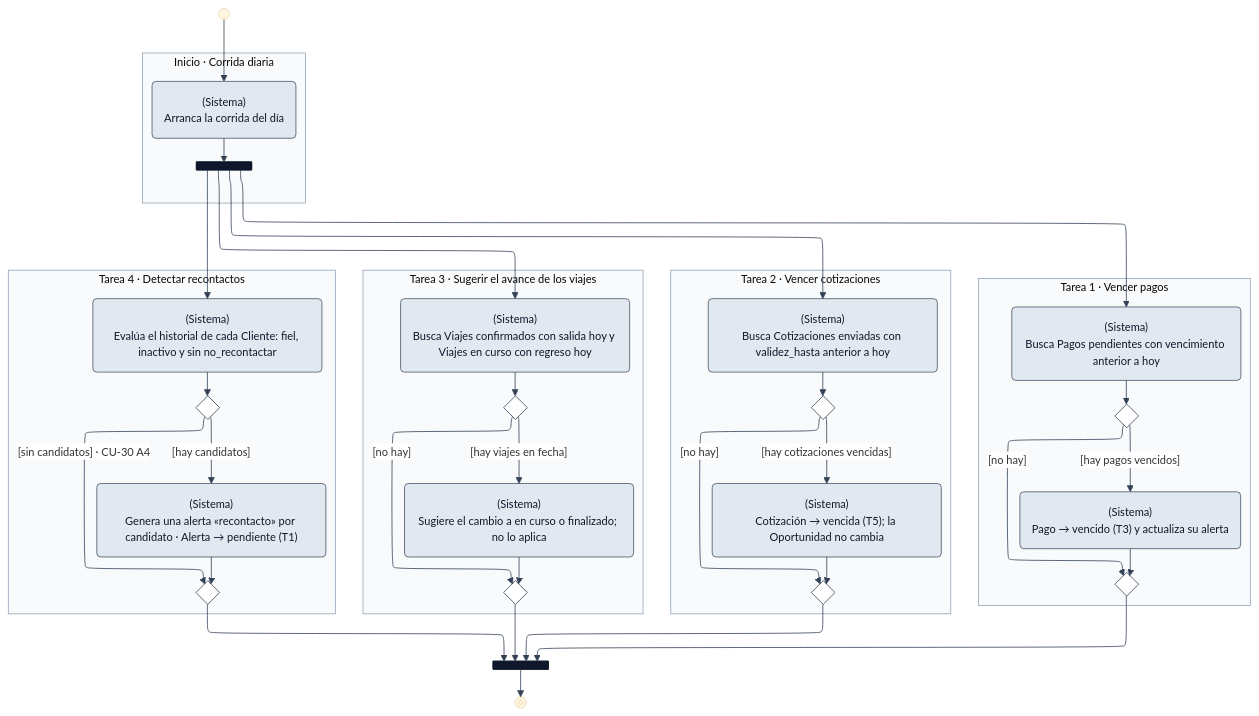
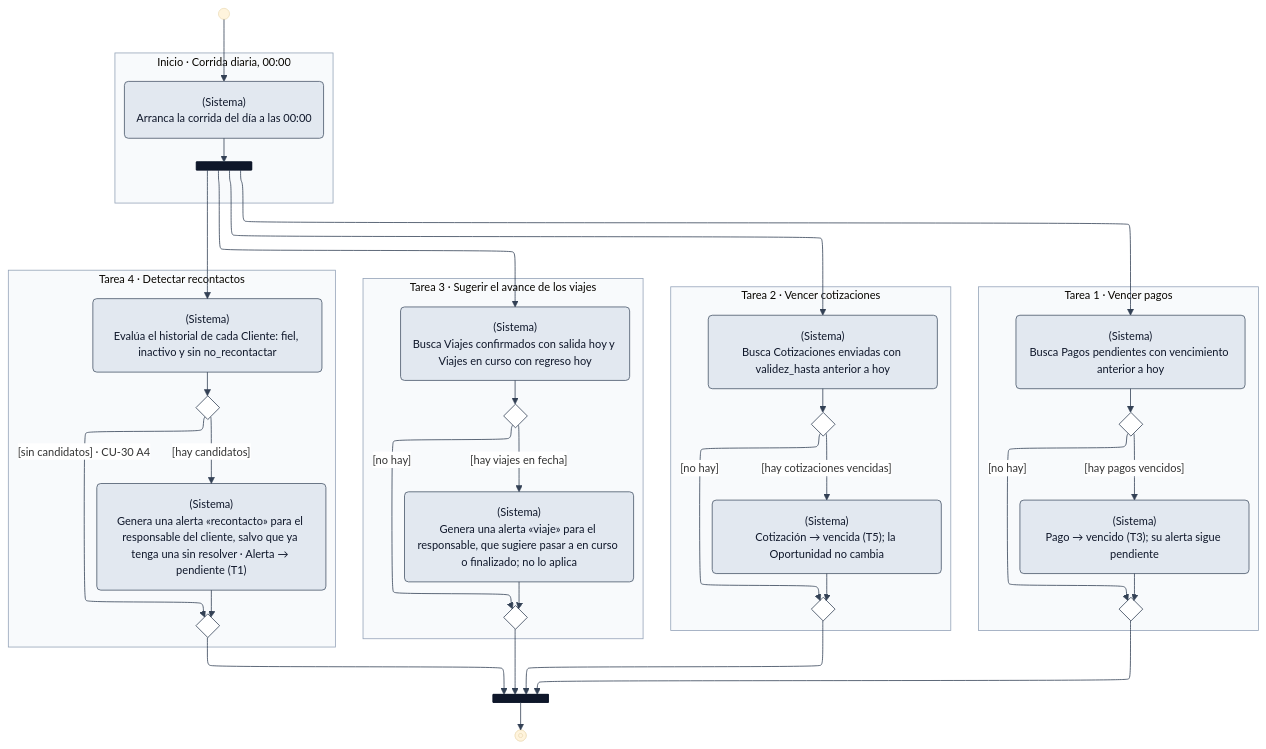
The diagram in 03-Dominio/Diagramas/Actividad/DGM-ACT — Proceso automático diario.md (FranLuciano04/Vault-Rumbo), drawn with Mermaid before and after one commit. The commit also changed other lines of this file and 84 other files, not shown here.

````diff
--- a/03-Dominio/Diagramas/Actividad/DGM-ACT — Proceso automático diario.md
+++ b/03-Dominio/Diagramas/Actividad/DGM-ACT — Proceso automático diario.md
@@ -21,74 +22,74 @@
 ```mermaid
 %%{init: {'theme':'base','flowchart':{'defaultRenderer':'elk','wrappingWidth':260},'themeVariables':{'fontFamily':'Segoe UI, Arial, sans-serif','fontSize':'14px','lineColor':'#334155','clusterBkg':'#f8fafc','clusterBorder':'#94a3b8','edgeLabelBackground':'#ffffff'},'themeCSS':'.state-start{fill:#0f172a !important;stroke:#0f172a !important} [id*=flowchart-fin] g path{fill:#ffffff !important;stroke:#0f172a !important} [id*=flowchart-fin] g g path{fill:#0f172a !important}'}}%%
 flowchart TB
     ini@{ shape: sm-circ }
     ini --> s0
 
-    subgraph P0["Inicio · Corrida diaria"]
-        s0("(Sistema)<br/>Arranca la corrida del día")
+    subgraph P0["Inicio · Corrida diaria, 00:00"]
+        s0("(Sistema)<br/>Arranca la corrida del día a las 00:00")
         f0@{ shape: fork }
         s0 --> f0
     end
 
     subgraph T1["Tarea 1 · Vencer pagos"]
         s1("(Sistema)<br/>Busca Pagos pendientes con vencimiento anterior a hoy")
         d1{ }
-        s1b("(Sistema)<br/>Pago → vencido (T3) y actualiza su alerta")
+        s1b("(Sistema)<br/>Pago → vencido (T3); su alerta sigue pendiente")
         m1{ }
         s1 --> d1
         d1 -- "[hay pagos vencidos]" --> s1b --> m1
         d1 -- "[no hay]" --> m1
     end
 
     subgraph T2["Tarea 2 · Vencer cotizaciones"]
         s2("(Sistema)<br/>Busca Cotizaciones enviadas con validez_hasta anterior a hoy")
         d2{ }
         s2b("(Sistema)<br/>Cotización → vencida (T5); la Oportunidad no cambia")
         m2{ }
         s2 --> d2
         d2 -- "[hay cotizaciones vencidas]" --> s2b --> m2
         d2 -- "[no hay]" --> m2
     end
 
     subgraph T3["Tarea 3 · Sugerir el avance de los viajes"]
         s3("(Sistema)<br/>Busca Viajes confirmados con salida hoy y Viajes en curso con regreso hoy")
         d3{ }
-        s3b("(Sistema)<br/>Sugiere el cambio a en curso o finalizado; no lo aplica")
+        s3b("(Sistema)<br/>Genera una alerta «viaje» para el responsable, que sugiere pasar a en curso o finalizado; no lo aplica")
         m3{ }
         s3 --> d3
         d3 -- "[hay viajes en fecha]" --> s3b --> m3
         d3 -- "[no hay]" --> m3
     end
 
     subgraph T4["Tarea 4 · Detectar recontactos"]
         s4("(Sistema)<br/>Evalúa el historial de cada Cliente: fiel, inactivo y sin no_recontactar")
         d4{ }
-        s4b("(Sistema)<br/>Genera una alerta «recontacto» por candidato · Alerta → pendiente (T1)")
+        s4b("(Sistema)<br/>Genera una alerta «recontacto» para el responsable del cliente, salvo que ya tenga una sin resolver · Alerta → pendiente (T1)")
         m4{ }
         s4 --> d4
         d4 -- "[hay candidatos]" --> s4b --> m4
         d4 -- "[sin candidatos] · CU-30 A4" --> m4
     end
 
     j0@{ shape: fork }
     fin@{ shape: fr-circ }
 
     f0 --> s1
     f0 --> s2
     f0 --> s3
     f0 --> s4
     m1 --> j0
     m2 --> j0
     m3 --> j0
     m4 --> j0
     j0 --> fin
 
     classDef cli fill:#fef3c7,stroke:#b45309,color:#0f172a
     classDef emp fill:#dbeafe,stroke:#1d4ed8,color:#0f172a
     classDef sis fill:#e2e8f0,stroke:#475569,color:#0f172a
     classDef ctl fill:#ffffff,stroke:#334155
     classDef barra fill:#0f172a,stroke:#0f172a
     class s0,s1,s1b,s2,s2b,s3,s3b,s4,s4b sis
     class d1,m1,d2,m2,d3,m3,d4,m4 ctl
     class f0,j0 barra
 ```
````
